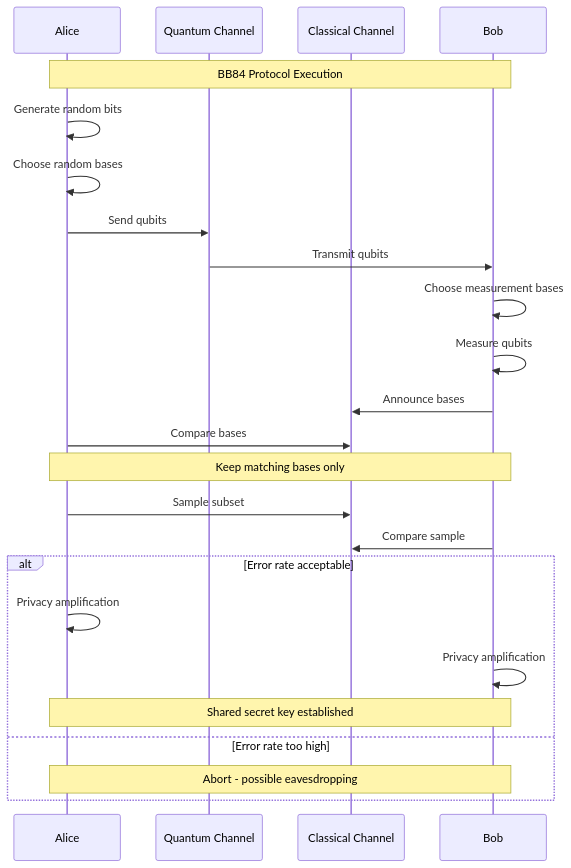
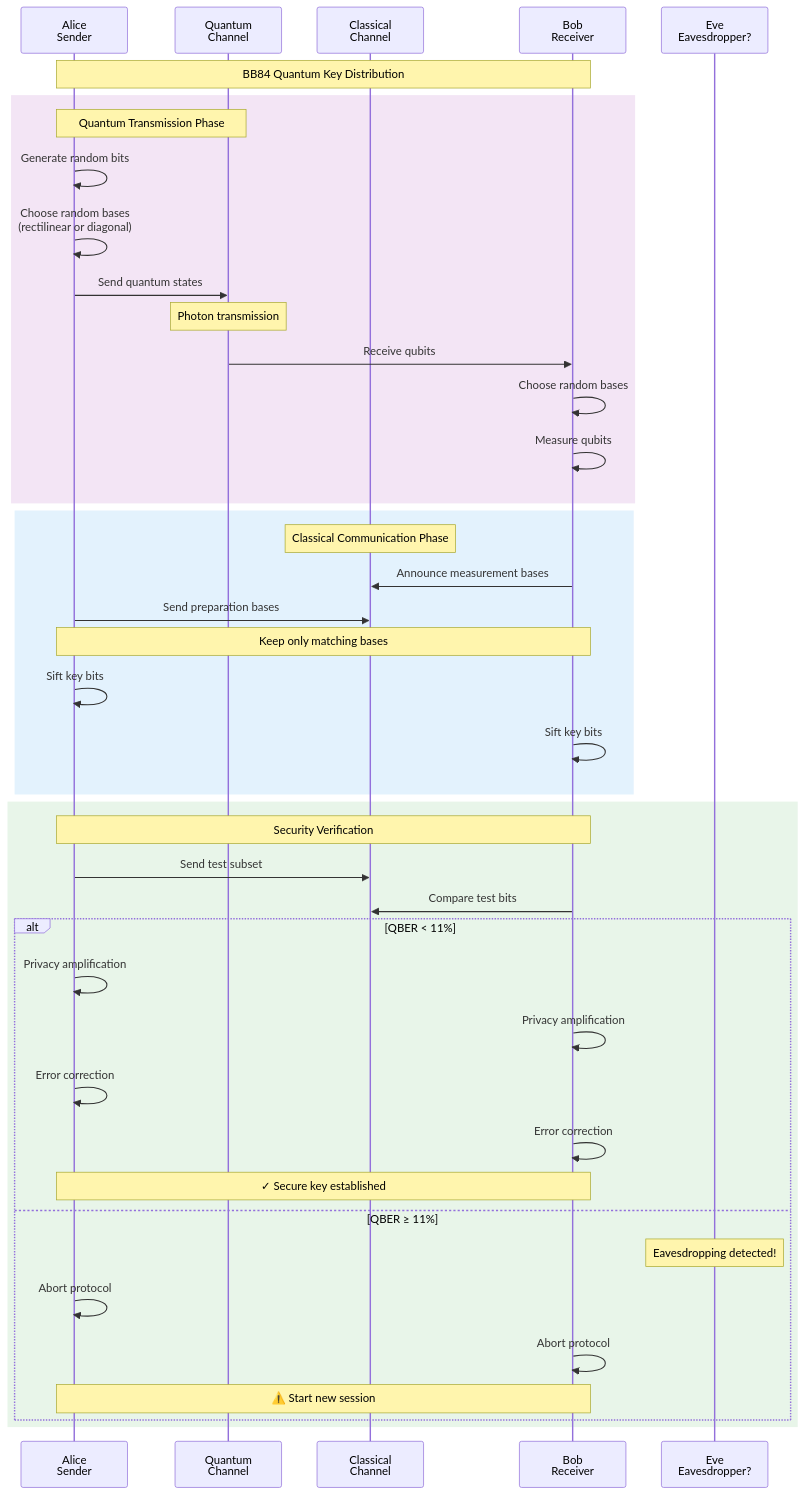
Diagram 18 of 33 in README.md (Robbbo-T/Robbbo-T), drawn with Mermaid before and after one commit. The commit also changed other lines of this file, not shown here.

````diff
--- a/README.md
+++ b/README.md
@@ -1182,32 +1768,49 @@
 ```mermaid
 sequenceDiagram
-    participant A as Alice
-    participant QC as Quantum Channel
-    participant CC as Classical Channel
-    participant B as Bob
+    participant A as Alice<br/>Sender
+    participant QC as Quantum<br/>Channel
+    participant CC as Classical<br/>Channel
+    participant B as Bob<br/>Receiver
+    participant E as Eve<br/>Eavesdropper?
     
-    Note over A,B: BB84 Protocol Execution
+    Note over A,B: BB84 Quantum Key Distribution
     
-    A->>A: Generate random bits
-    A->>A: Choose random bases
-    A->>QC: Send qubits
-    QC->>B: Transmit qubits
-    B->>B: Choose measurement bases
-    B->>B: Measure qubits
+    rect rgb(243, 229, 245)
+        Note over A,QC: Quantum Transmission Phase
+        A->>A: Generate random bits
+        A->>A: Choose random bases<br/>(rectilinear or diagonal)
+        A->>QC: Send quantum states
+        Note over QC: Photon transmission
+        QC->>B: Receive qubits
+        B->>B: Choose random bases
+        B->>B: Measure qubits
+    end
     
-    B->>CC: Announce bases
-    A->>CC: Compare bases
+    rect rgb(227, 242, 253)
+        Note over CC: Classical Communication Phase
+        B->>CC: Announce measurement bases
+        A->>CC: Send preparation bases
+        Note over A,B: Keep only matching bases
+        A->>A: Sift key bits
+        B->>B: Sift key bits
+    end
     
-    Note over A,B: Keep matching bases only
-    
-    A->>CC: Sample subset
-    B->>CC: Compare sample
-    
-    alt Error rate acceptable
-        A->>A: Privacy amplification
-        B->>B: Privacy amplification
-        Note over A,B: Shared secret key established
-    else Error rate too high
-        Note over A,B: Abort - possible eavesdropping
+    rect rgb(232, 245, 233)
+        Note over A,B: Security Verification
+        A->>CC: Send test subset
+        B->>CC: Compare test bits
+        
+        alt QBER < 11%
+            A->>A: Privacy amplification
+            B->>B: Privacy amplification
+            A->>A: Error correction
+            B->>B: Error correction
+            Note over A,B: ✓ Secure key established
+        else QBER ≥ 11%
+            Note over E: Eavesdropping detected!
+            A->>A: Abort protocol
+            B->>B: Abort protocol
+            Note over A,B: ⚠️ Start new session
+        end
     end
 ```
````
